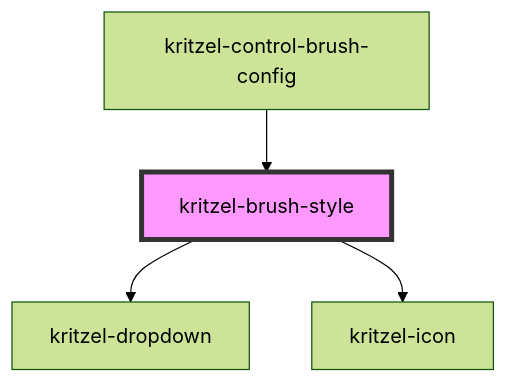
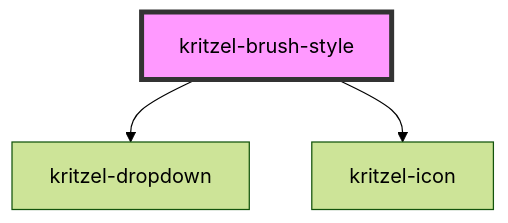
The diagram in libs/kritzel-stencil/src/components/shared/kritzel-brush-style/readme.md (kasual1/kritzel), drawn with Mermaid (forest theme) before and after one commit. The commit also changed other lines of this file and 10 other files, not shown here.

````diff
--- a/libs/kritzel-stencil/src/components/shared/kritzel-brush-style/readme.md
+++ b/libs/kritzel-stencil/src/components/shared/kritzel-brush-style/readme.md
@@ -35,7 +31,6 @@
 ```mermaid
 graph TD;
   kritzel-brush-style --> kritzel-dropdown
   kritzel-brush-style --> kritzel-icon
-  kritzel-control-brush-config --> kritzel-brush-style
   style kritzel-brush-style fill:#f9f,stroke:#333,stroke-width:4px
 ```
````
